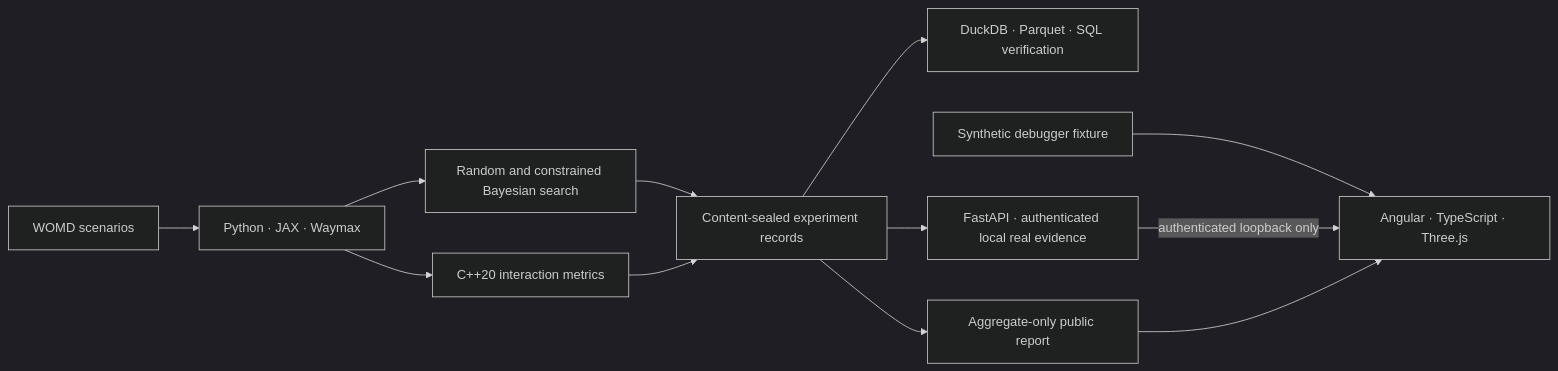
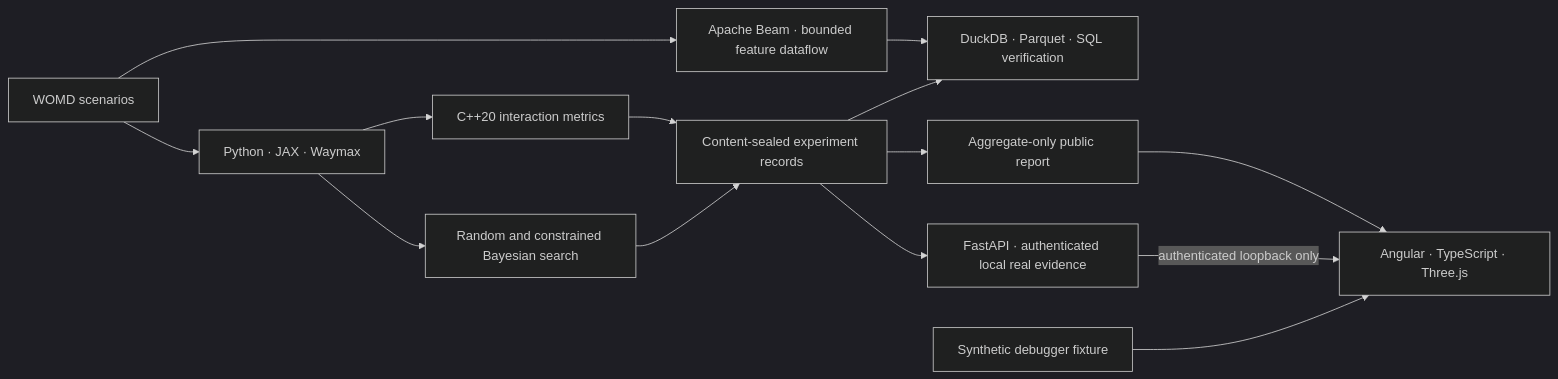
The diagram in README.md (ethanvillalovoz/planmargin), drawn with Mermaid (dark theme) before and after one commit. The commit also changed other lines of this file and 10 other files, not shown here.

Commit message:
Add restartable Beam feature pipeline

````diff
--- a/README.md
+++ b/README.md
@@ -106,14 +107,16 @@
 ```mermaid
 flowchart LR
     A["WOMD scenarios"] --> B["Python · JAX · Waymax"]
     B --> C["Random and constrained Bayesian search"]
     B --> D["C++20 interaction metrics"]
     C --> E["Content-sealed experiment records"]
     D --> E
     E --> F["DuckDB · Parquet · SQL verification"]
     E --> G["Aggregate-only public report"]
     E --> J["FastAPI · authenticated local real evidence"]
+    A --> K["Apache Beam · bounded feature dataflow"]
+    K --> F
     H["Synthetic debugger fixture"] --> I["Angular · TypeScript · Three.js"]
     J -->|"authenticated loopback only"| I
     G --> I
 ```
````
